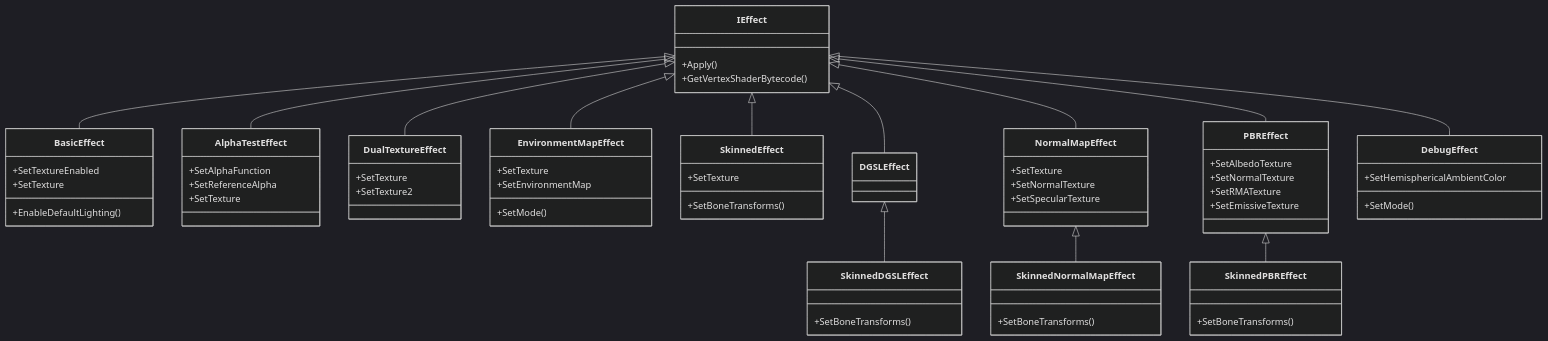
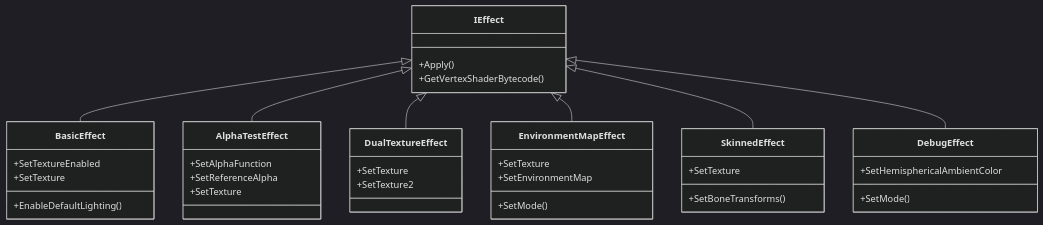
Before and after one commit to neogrammer/Wiki: the first of 2 diagrams in Effects.md, drawn with Mermaid (dark theme).

Commit message:
Updated Effects (markdown)

````diff
--- a/Effects.md
+++ b/Effects.md
@@ -30,67 +30,40 @@
 ```mermaid
 classDiagram
 class IEffect{
     +Apply()
     +GetVertexShaderBytecode()
 }
 class BasicEffect{
     +SetTextureEnabled
     +SetTexture
     +EnableDefaultLighting()
 }
 IEffect <|-- BasicEffect
 class AlphaTestEffect{
     +SetAlphaFunction
     +SetReferenceAlpha
     +SetTexture
 }
 IEffect <|-- AlphaTestEffect
 class DualTextureEffect{
     +SetTexture
     +SetTexture2
 }
 IEffect <|-- DualTextureEffect
 class EnvironmentMapEffect{
     +SetTexture
     +SetEnvironmentMap
     +SetMode()
 }
 IEffect <|-- EnvironmentMapEffect
 class SkinnedEffect{
     +SetTexture
     +SetBoneTransforms()
 }
 IEffect <|-- SkinnedEffect
-class DGSLEffect
-IEffect <|-- DGSLEffect
-class SkinnedDGSLEffect{
-    +SetBoneTransforms()
-}
-DGSLEffect<|-- SkinnedDGSLEffect
-class NormalMapEffect{
-    +SetTexture
-    +SetNormalTexture
-    +SetSpecularTexture
-}
-IEffect <|-- NormalMapEffect
-class SkinnedNormalMapEffect{
-    +SetBoneTransforms()
-}
-NormalMapEffect <|-- SkinnedNormalMapEffect
-class PBREffect{
-    +SetAlbedoTexture
-    +SetNormalTexture
-    +SetRMATexture
-    +SetEmissiveTexture
-}
-IEffect <|-- PBREffect
-class SkinnedPBREffect{
-    +SetBoneTransforms()
-}
-PBREffect <|-- SkinnedPBREffect
 class DebugEffect{
     +SetHemisphericalAmbientColor
     +SetMode()
 }
 IEffect <|-- DebugEffect
 ```
````
